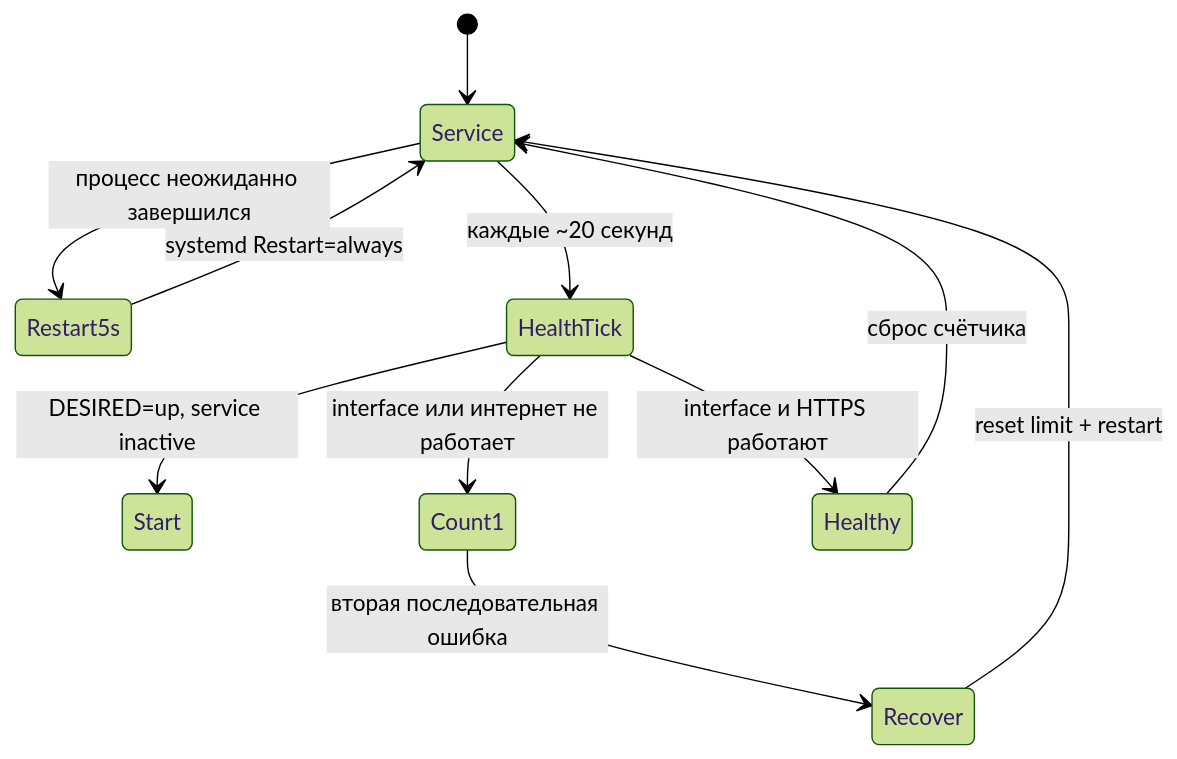
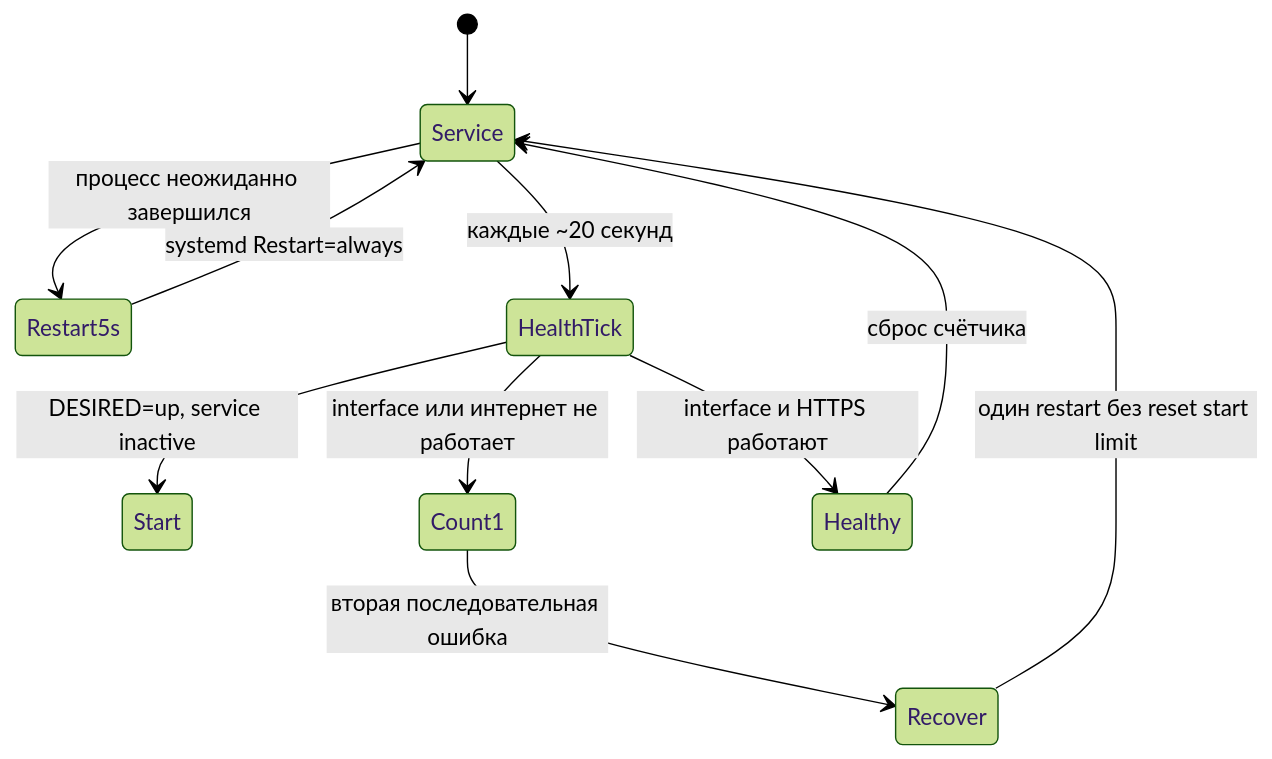
One commit to mazurovn/mazzy-vpn changed the diagram in wiki/Diagnostics-and-Recovery.md. Above: the diagram before and after it, drawn with Mermaid (forest theme). The commit also changed other lines of this file and 116 other files, not shown here.

````diff
--- a/wiki/Diagnostics-and-Recovery.md
+++ b/wiki/Diagnostics-and-Recovery.md
@@ -27,13 +27,13 @@
 ```mermaid
 stateDiagram-v2
     [*] --> Service
     Service --> Restart5s: процесс неожиданно завершился
     Restart5s --> Service: systemd Restart=always
     Service --> HealthTick: каждые ~20 секунд
     HealthTick --> Start: DESIRED=up, service inactive
     HealthTick --> Count1: interface или интернет не работает
     Count1 --> Recover: вторая последовательная ошибка
-    Recover --> Service: reset limit + restart
+    Recover --> Service: один restart без reset start limit
     HealthTick --> Healthy: interface и HTTPS работают
     Healthy --> Service: сброс счётчика
 ```
````
